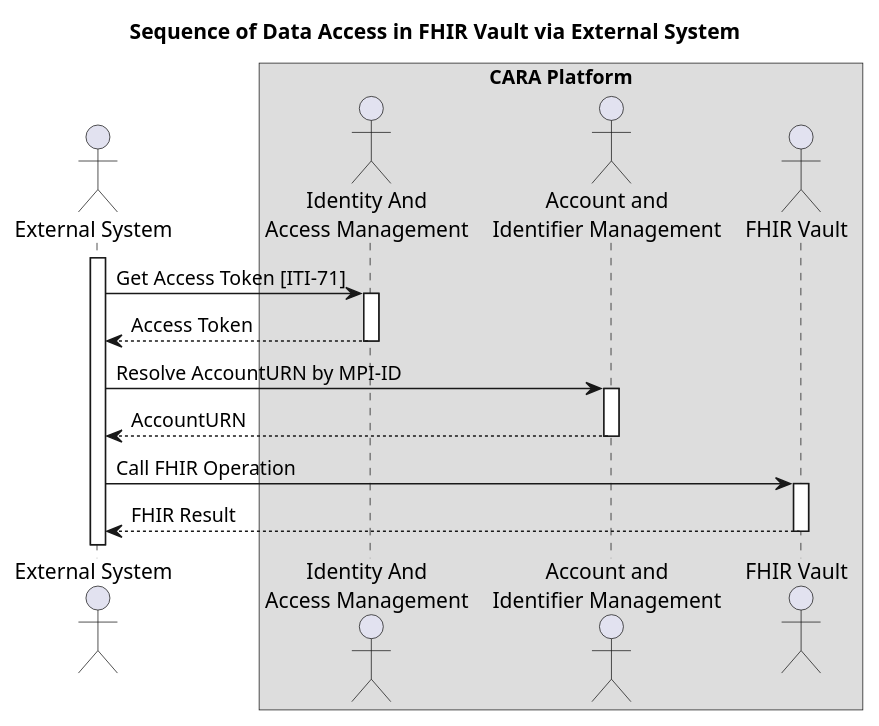
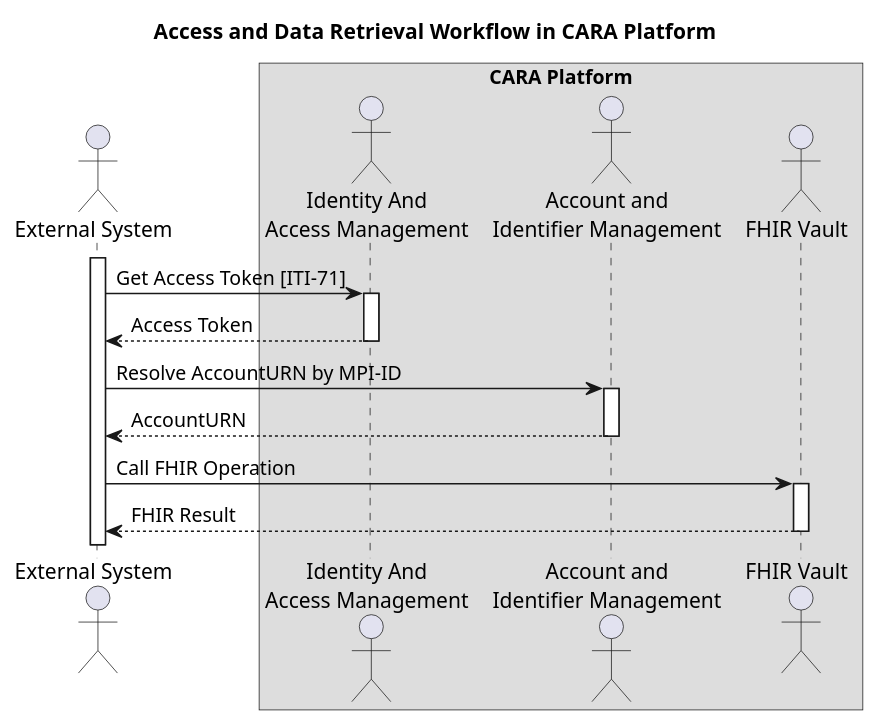
The first of 2 diagrams in input/images/sequence.puml (caraowt/Implementation-Guide-of-FHIR-profiles-for-CARA), drawn with PlantUML before and after one commit. The commit also changed other lines of this file and 4 other files, not shown here.

Commit message:
feat: add the _Patient Data Processing and Observation Integration Workflow_ case for integration.md

```diff
--- a/input/images/sequence.puml
+++ b/input/images/sequence.puml
@@ -1,27 +1,27 @@
-@startuml sequence_tcu_patient_vault
-title Sequence of Data Access in FHIR Vault via External System
+@startuml
+title Access and Data Retrieval Workflow in CARA Platform
 
 actor extsys as "External System"
 box CARA Platform
     actor iam as "Identity And\nAccess Management"
     actor aim as "Account and\nIdentifier Management"
     actor fhirvault as "FHIR Vault"
 end box
 
 activate extsys
 
 extsys -> iam : Get Access Token [ITI-71]
 activate iam
 extsys <-- iam : Access Token
 deactivate iam
 
 extsys -> aim : Resolve AccountURN by MPI-ID
 activate aim
 extsys <-- aim : AccountURN
 deactivate aim
 
 extsys -> fhirvault : Call FHIR Operation
 activate fhirvault
 extsys <-- fhirvault : FHIR Result
 deactivate fhirvault
 @enduml
```
